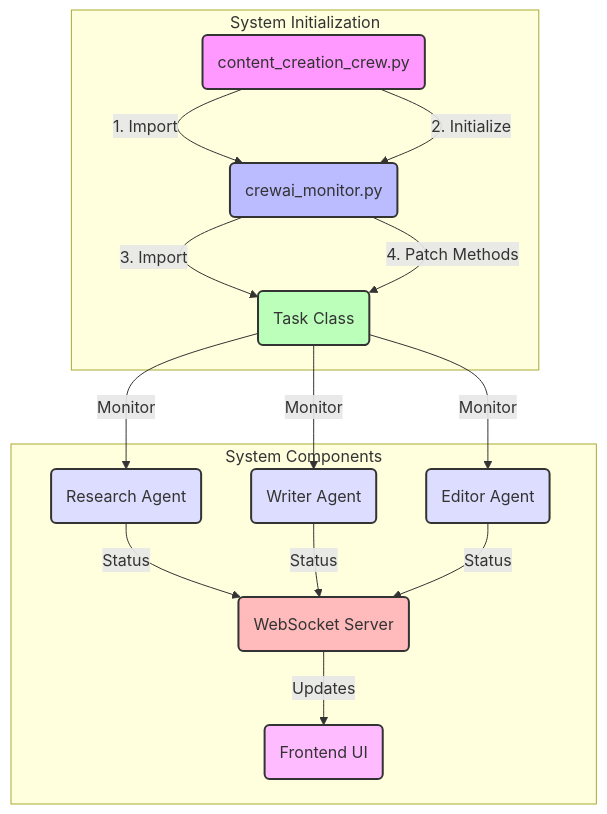
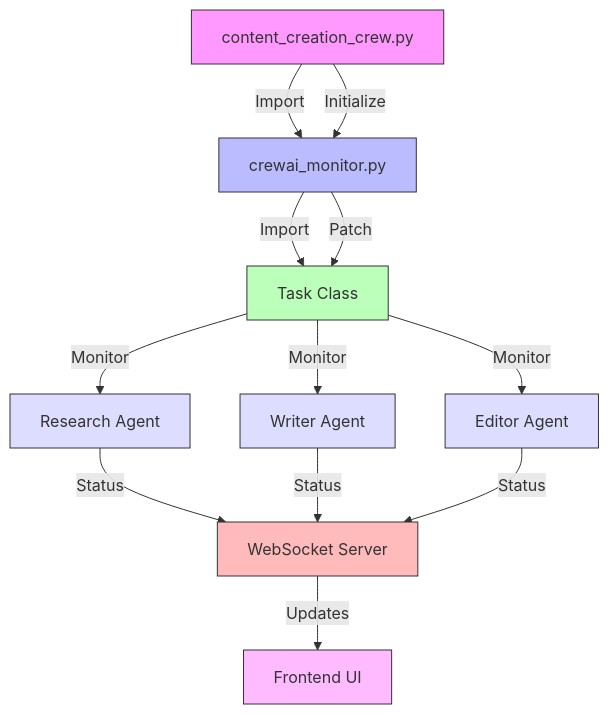
Before and after one commit to padak/crewai_demo: the first of 2 diagrams in docs/monitoring_architecture.md, drawn with Mermaid.

Commit message:
docs: simplify mermaid diagram to basic syntax

````diff
--- a/docs/monitoring_architecture.md
+++ b/docs/monitoring_architecture.md
@@ -17,46 +17,35 @@
 ```mermaid
-flowchart TB
-    %% Main components
-    CC(content_creation_crew.py)
-    CM(crewai_monitor.py)
-    TC(Task Class)
-    RA(Research Agent)
-    WA(Writer Agent)
-    EA(Editor Agent)
-    WS(WebSocket Server)
-    UI(Frontend UI)
+graph TD
+    CC[content_creation_crew.py]
+    CM[crewai_monitor.py]
+    TC[Task Class]
+    RA[Research Agent]
+    WA[Writer Agent]
+    EA[Editor Agent]
+    WS[WebSocket Server]
+    UI[Frontend UI]
 
-    %% System Initialization
-    subgraph init[System Initialization]
-        CC --> |1. Import| CM
-        CC --> |2. Initialize| CM
-        CM --> |3. Import| TC
-        CM --> |4. Patch Methods| TC
-    end
+    CC -->|Import| CM
+    CC -->|Initialize| CM
+    CM -->|Import| TC
+    CM -->|Patch| TC
+    
+    TC -->|Monitor| RA
+    TC -->|Monitor| WA
+    TC -->|Monitor| EA
+    
+    RA -->|Status| WS
+    WA -->|Status| WS
+    EA -->|Status| WS
+    
+    WS -->|Updates| UI
 
-    %% System Components
-    subgraph comp[System Components]
-        TC --> |Monitor| RA
-        TC --> |Monitor| WA
-        TC --> |Monitor| EA
-        RA --> |Status| WS
-        WA --> |Status| WS
-        EA --> |Status| WS
-        WS --> |Updates| UI
-    end
-
-    %% Styling
-    classDef primary fill:#f9f,stroke:#333,stroke-width:2px
-    classDef secondary fill:#bbf,stroke:#333,stroke-width:2px
-    classDef task fill:#bfb,stroke:#333,stroke-width:2px
-    classDef agent fill:#ddf,stroke:#333,stroke-width:2px
-    classDef server fill:#fbb,stroke:#333,stroke-width:2px
-    classDef ui fill:#fbf,stroke:#333,stroke-width:2px
-
-    class CC primary
-    class CM secondary
-    class TC task
-    class RA,WA,EA agent
-    class WS server
-    class UI ui
+    style CC fill:#f9f,stroke:#333
+    style CM fill:#bbf,stroke:#333
+    style TC fill:#bfb,stroke:#333
+    style RA fill:#ddf,stroke:#333
+    style WA fill:#ddf,stroke:#333
+    style EA fill:#ddf,stroke:#333
+    style WS fill:#fbb,stroke:#333
+    style UI fill:#fbf,stroke:#333
 ```
````
